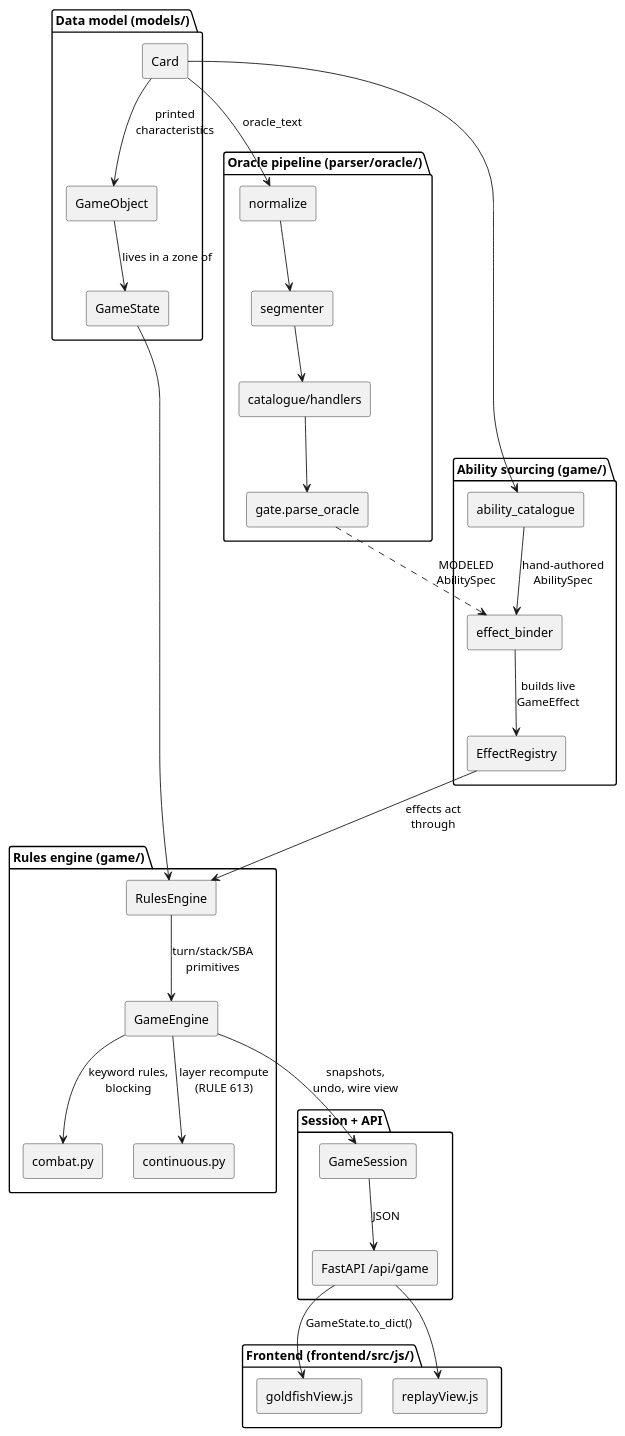
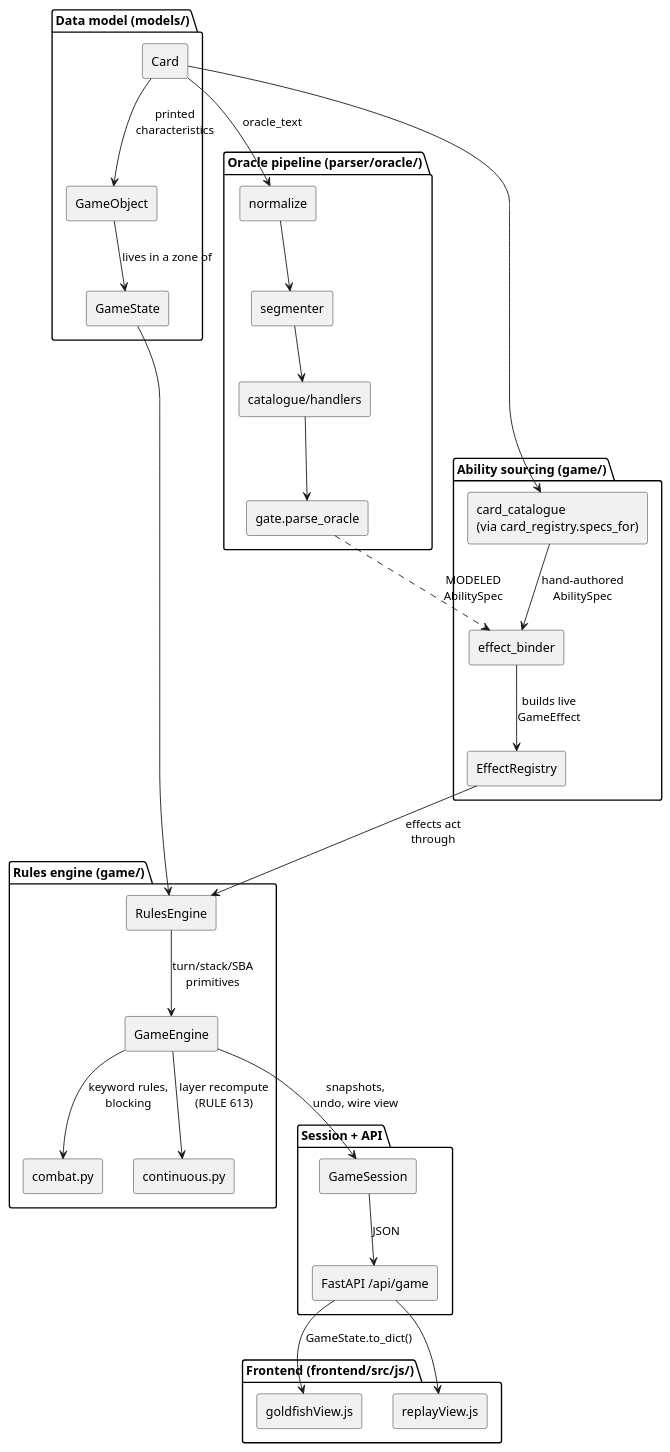
The first of 5 diagrams in docs/concepts/12_ARCHITECTURE_DIAGRAMS.md (BXOrange/MTG_DeckLab), drawn with PlantUML before and after one commit. The commit also changed other lines of this file and 1290 other files, not shown here.

````diff
--- a/docs/concepts/12_ARCHITECTURE_DIAGRAMS.md
+++ b/docs/concepts/12_ARCHITECTURE_DIAGRAMS.md
@@ -23,62 +23,62 @@
 ```plantuml
 @startuml
 skinparam componentStyle rectangle
 skinparam backgroundColor transparent
 
 package "Data model (models/)" {
   [Card] as Card
   [GameObject] as GameObject
   [GameState] as GameState
   Card --> GameObject : printed\ncharacteristics
   GameObject --> GameState : lives in a zone of
 }
 
 package "Oracle pipeline (parser/oracle/)" {
   [normalize] as Normalize
   [segmenter] as Segmenter
   [catalogue/handlers] as Handlers
   [gate.parse_oracle] as Gate
   Normalize --> Segmenter
   Segmenter --> Handlers
   Handlers --> Gate
 }
 
 package "Ability sourcing (game/)" {
-  [ability_catalogue] as Catalogue
+  [card_catalogue\n(via card_registry.specs_for)] as Catalogue
   [effect_binder] as Binder
   [EffectRegistry] as Registry
   Catalogue --> Binder : hand-authored\nAbilitySpec
   Gate ..> Binder : MODELED\nAbilitySpec
   Binder --> Registry : builds live\nGameEffect
 }
 
 package "Rules engine (game/)" {
   [RulesEngine] as Rules
   [GameEngine] as Engine
   [combat.py] as Combat
   [continuous.py] as Continuous
   Registry --> Rules : effects act\nthrough
   Rules --> Engine : turn/stack/SBA\nprimitives
   Engine --> Combat : keyword rules,\nblocking
   Engine --> Continuous : layer recompute\n(RULE 613)
 }
 
 package "Session + API" {
   [GameSession] as Session
   [FastAPI /api/game] as API
   Engine --> Session : snapshots,\nundo, wire view
   Session --> API : JSON
 }
 
 package "Frontend (frontend/src/js/)" {
   [goldfishView.js] as Goldfish
   [replayView.js] as Replay
 }
 API --> Goldfish : GameState.to_dict()
 API --> Replay
 
 GameState --> Rules
 Card --> Catalogue
 Card --> Normalize : oracle_text
 @enduml
 ```
````
